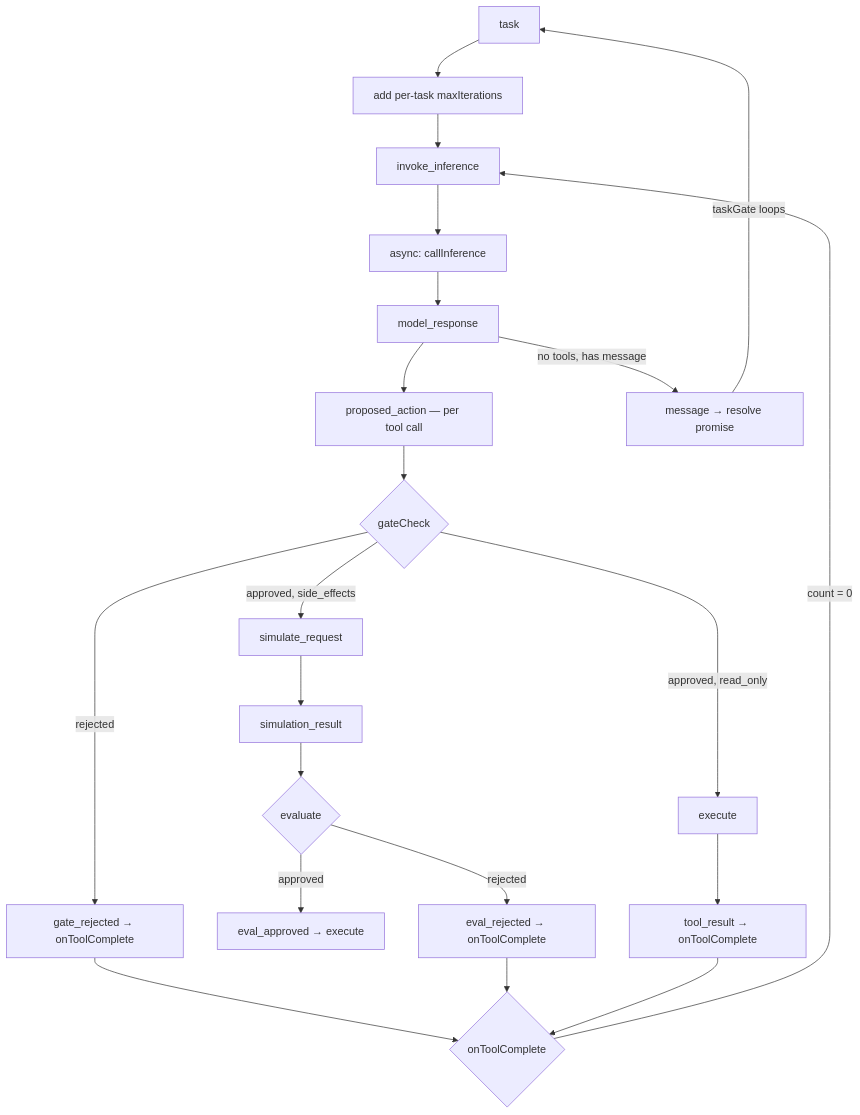
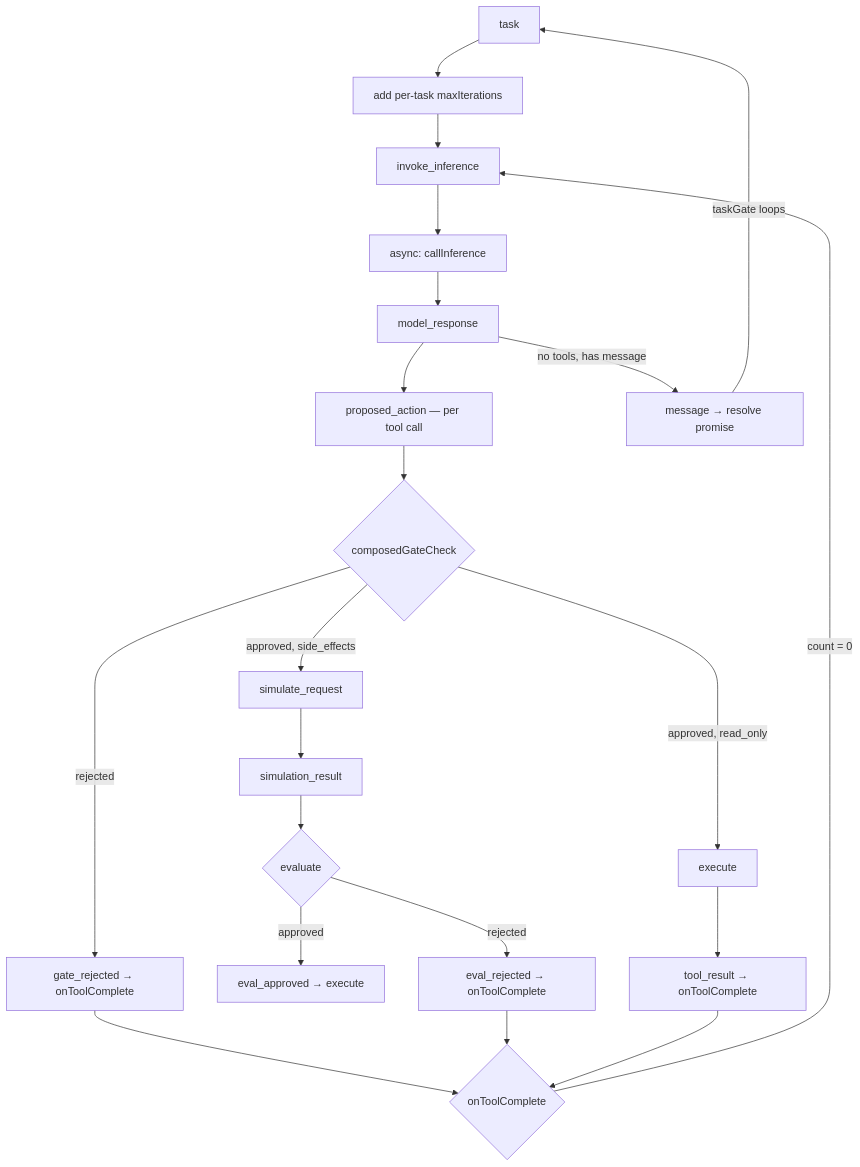
One commit to plaited/plaited changed the diagram in .claude/skills/agent-build/SKILL.md. Above: the diagram before and after it, drawn with Mermaid. The commit also changed other lines of this file and 6 other files, not shown here.

````diff
--- a/.claude/skills/agent-build/SKILL.md
+++ b/.claude/skills/agent-build/SKILL.md
@@ -31,23 +31,23 @@
 ```mermaid
 graph TD
     TASK[task] --> DYN[add per-task maxIterations]
     DYN --> INV[invoke_inference]
     INV --> INF[async: callInference]
     INF --> MR[model_response]
     MR --> PA[proposed_action — per tool call]
-    PA --> GATE{gateCheck}
+    PA --> GATE{composedGateCheck}
     GATE -->|approved, read_only| EXEC[execute]
     GATE -->|approved, side_effects| SIM[simulate_request]
     GATE -->|rejected| GR[gate_rejected → onToolComplete]
     SIM --> SR[simulation_result]
     SR --> EVAL{evaluate}
     EVAL -->|approved| EA[eval_approved → execute]
     EVAL -->|rejected| ER[eval_rejected → onToolComplete]
     EXEC --> TR[tool_result → onToolComplete]
     GR --> OTC{onToolComplete}
     ER --> OTC
     TR --> OTC
     OTC -->|count = 0| INV
     MR -->|no tools, has message| MSG[message → resolve promise]
     MSG -->|taskGate loops| TASK
 ```
````
